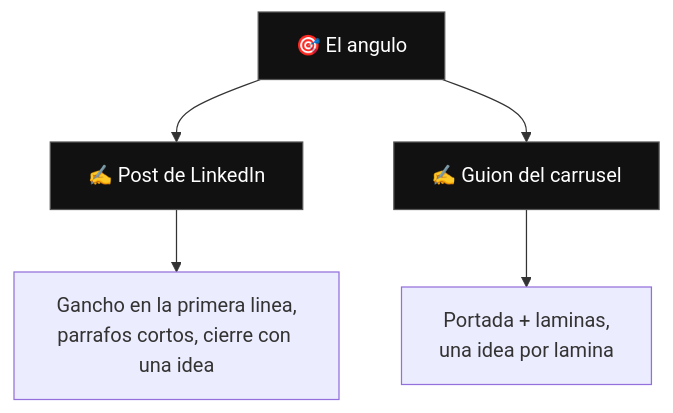
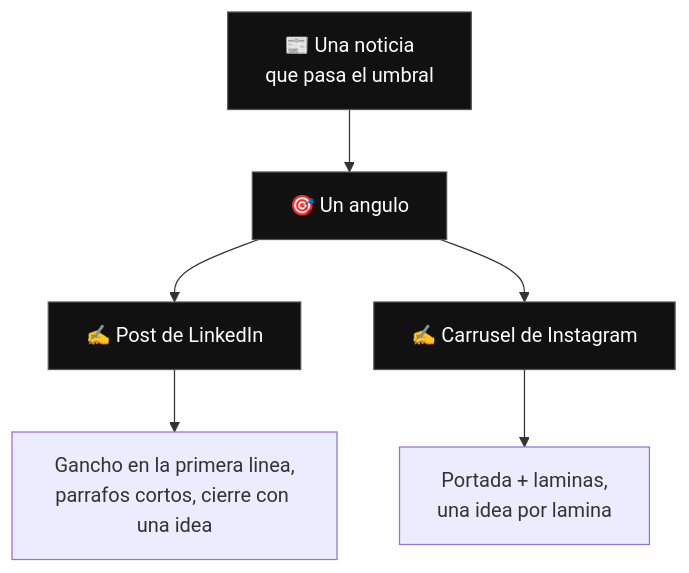
Before and after one commit to santiagotllrz/engine-hancel: the fifth of 8 diagrams in FLUJO.md, drawn with Mermaid. The commit also changed other lines of this file and 6 other files, not shown here.

````diff
--- a/FLUJO.md
+++ b/FLUJO.md
@@ -120,12 +122,15 @@
 ```mermaid
 flowchart TD
-    A["🎯 El angulo"] --> L["✍️ Post de LinkedIn"]
-    A --> I["✍️ Guion del carrusel"]
+    N["📰 Una noticia<br/>que pasa el umbral"] --> A["🎯 Un angulo"]
+
+    A --> L["✍️ Post de LinkedIn"]
+    A --> I["✍️ Carrusel de Instagram"]
 
     L --> LD["Gancho en la primera linea,<br/>parrafos cortos, cierre con una idea"]
     I --> ID["Portada + laminas,<br/>una idea por lamina"]
 
+    style N fill:#111,color:#fff,stroke:#555
     style A fill:#111,color:#fff,stroke:#555
     style L fill:#111,color:#fff,stroke:#555
     style I fill:#111,color:#fff,stroke:#555
 ```
````
